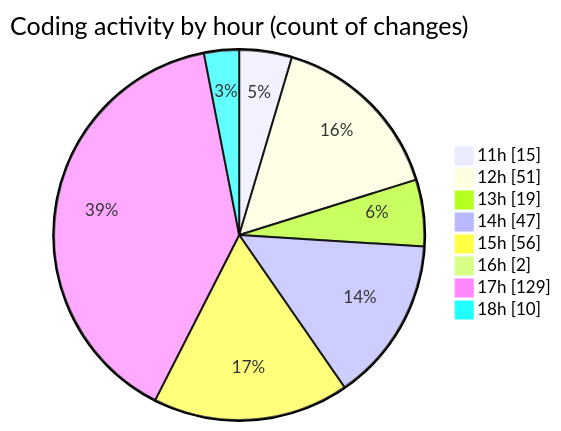
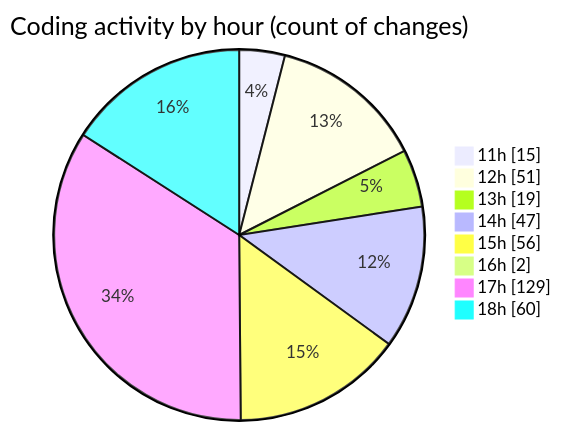
One commit to nxtqubesakshisongat/code-tracking changed the second of 2 diagrams in 2025-04-15/nxtqube_webapp/README.md. Above: the diagram before and after it, drawn with Mermaid. The commit also changed other lines of this file and 1 other file, not shown here.

````diff
--- a/2025-04-15/nxtqube_webapp/README.md
+++ b/2025-04-15/nxtqube_webapp/README.md
@@ -46,12 +48,12 @@
 ```mermaid
 pie showData
 title Coding activity by hour (count of changes)
 "11h" : 15
 "12h" : 51
 "13h" : 19
 "14h" : 47
 "15h" : 56
 "16h" : 2
 "17h" : 129
-"18h" : 10
+"18h" : 60
 ```
````
